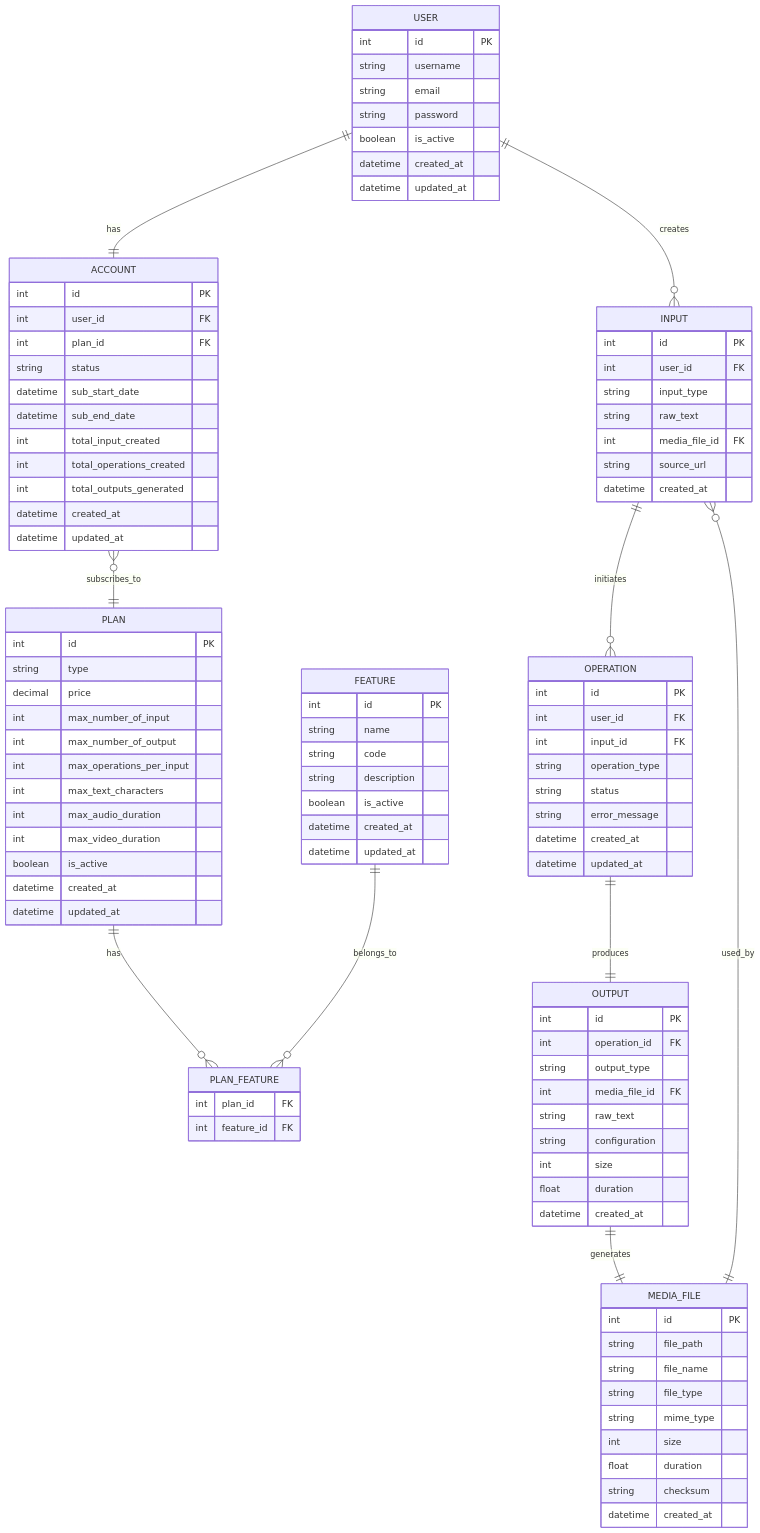
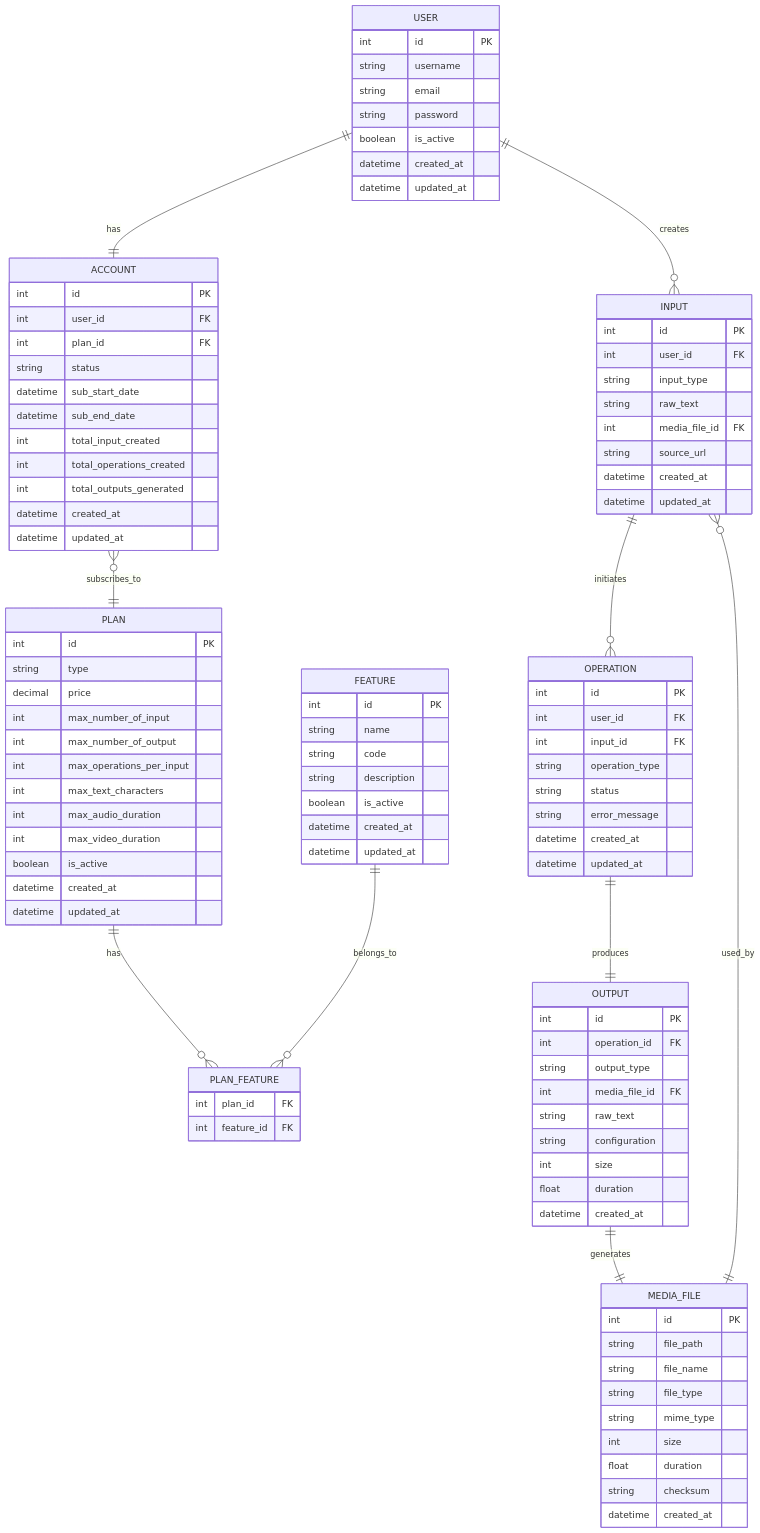
The diagram in ERD.md (NelMatrix743/text-speaker-io), drawn with Mermaid before and after one commit.

Commit message:
refactor: update input entity in ERD to track date of update

```diff
--- a/ERD.md
+++ b/ERD.md
@@ -75,6 +75,7 @@
         int media_file_id FK
         string source_url
         datetime created_at
+        datetime updated_at
     }
 
     OPERATION {
```
